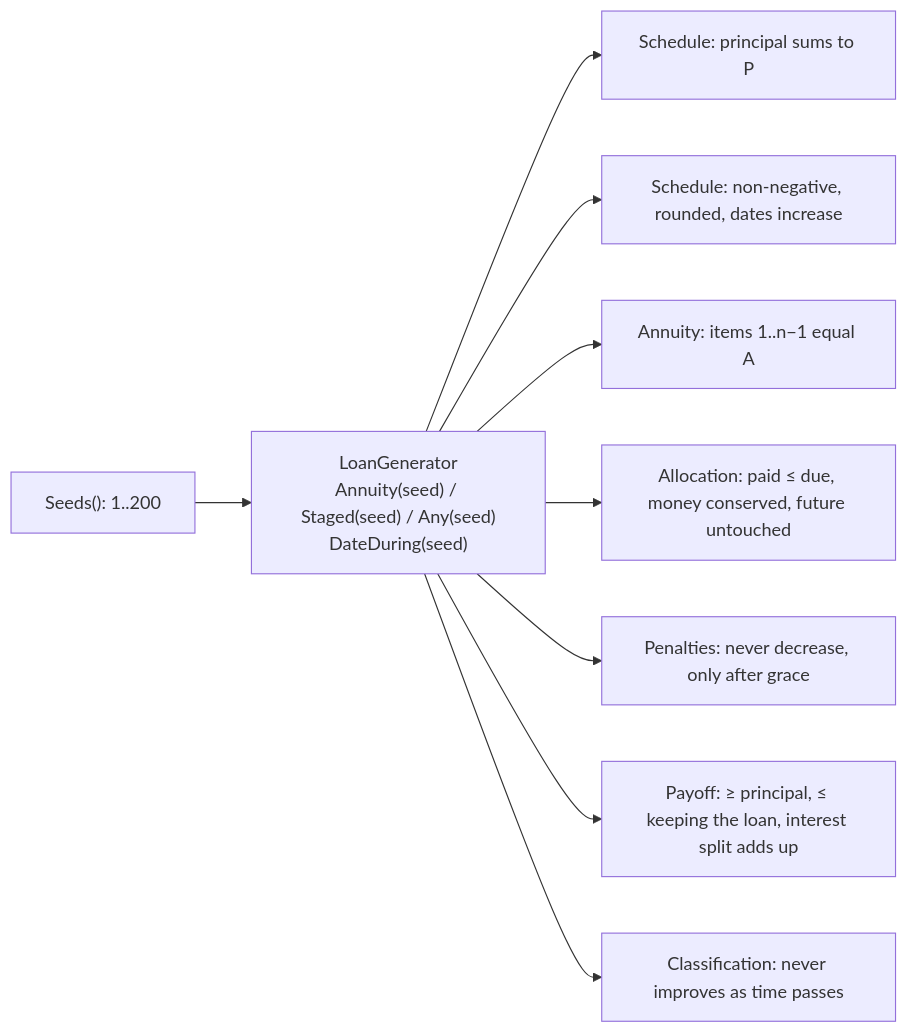
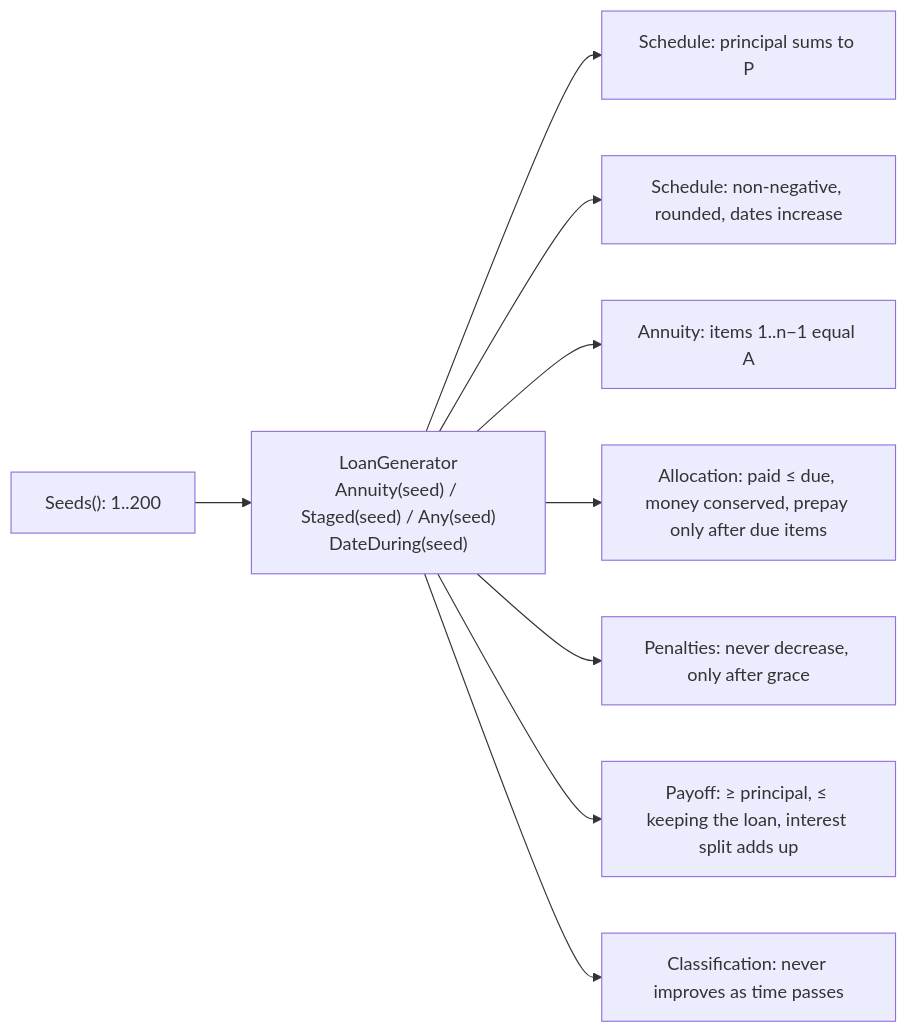
One commit to majid-sharif-soleimani/banking_demo changed the diagram in docs/learning/stage-3/slice-3.5.md. Above: the diagram before and after it, drawn with Mermaid. The commit also changed other lines of this file and 18 other files, not shown here.

First line of the commit message:
feat(lending): prepay later items with an overpayment (Majid's review)

````diff
--- a/docs/learning/stage-3/slice-3.5.md
+++ b/docs/learning/stage-3/slice-3.5.md
@@ -28,11 +28,11 @@
 ```mermaid
 flowchart LR
     Seeds["Seeds(): 1..200"] --> G["LoanGenerator<br/>Annuity(seed) / Staged(seed) / Any(seed)<br/>DateDuring(seed)"]
     G --> P1["Schedule: principal sums to P"]
     G --> P2["Schedule: non-negative, rounded, dates increase"]
     G --> P3["Annuity: items 1..n−1 equal A"]
-    G --> P4["Allocation: paid ≤ due, money conserved, future untouched"]
+    G --> P4["Allocation: paid ≤ due, money conserved, prepay only after due items"]
     G --> P5["Penalties: never decrease, only after grace"]
     G --> P6["Payoff: ≥ principal, ≤ keeping the loan, interest split adds up"]
     G --> P7["Classification: never improves as time passes"]
 ```
````
